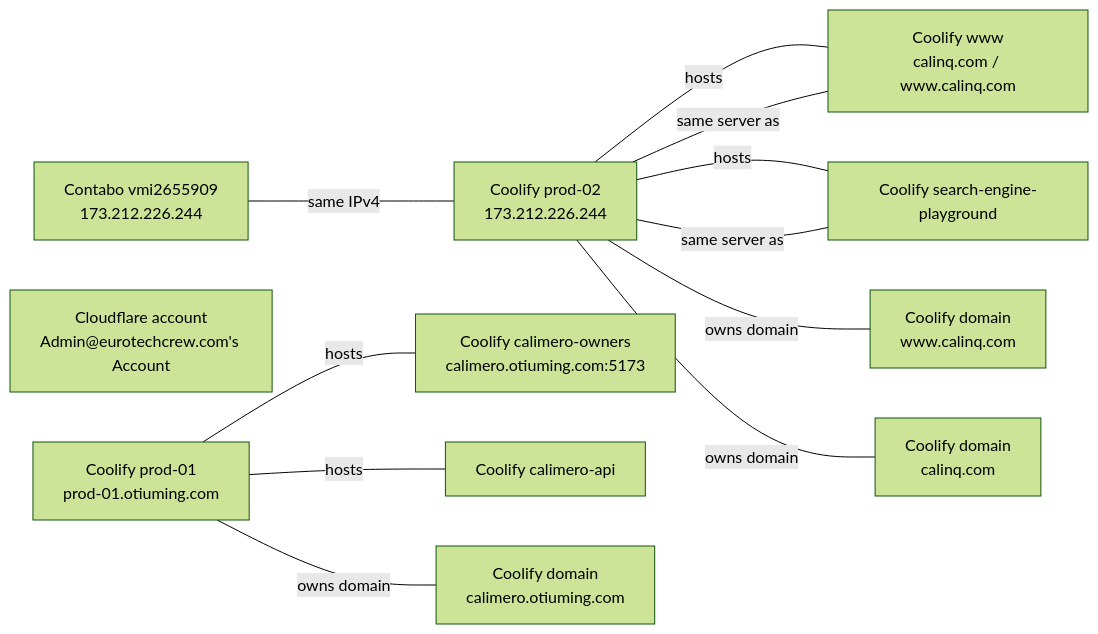
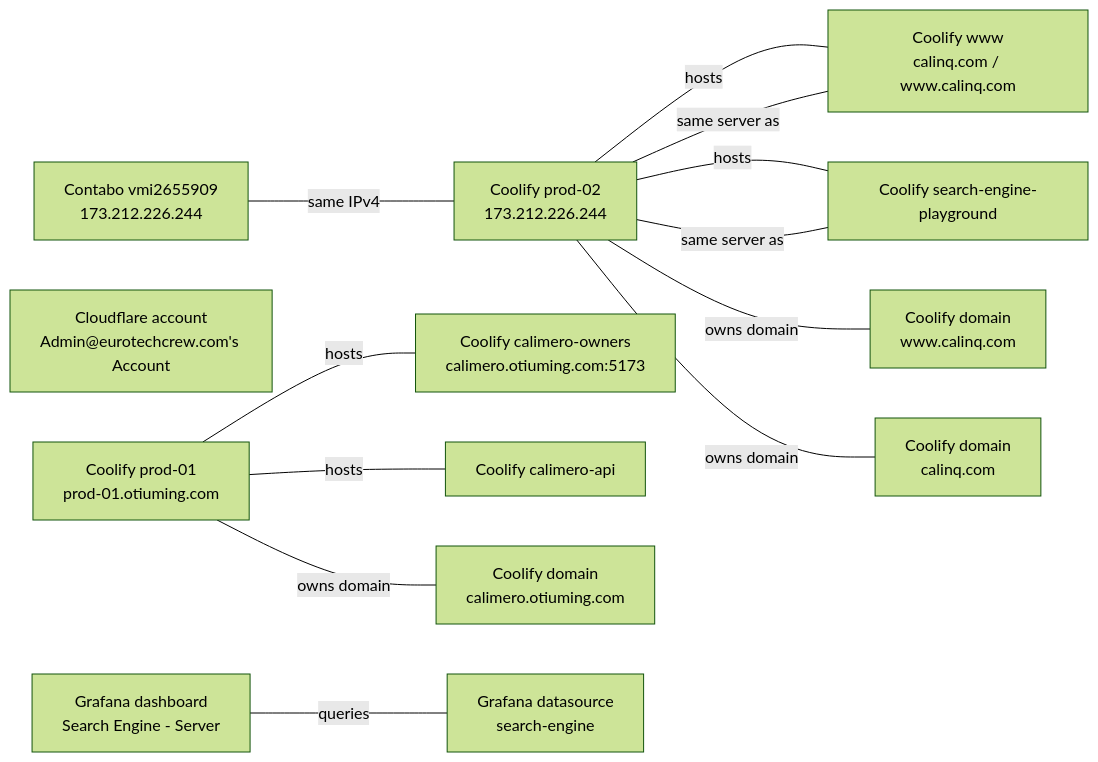
One commit to scaredfinger/ops-hub changed the fourth of 4 diagrams in docs/infrastructure-graphs.md. Above: the diagram before and after it, drawn with Mermaid (forest theme). The commit also changed other lines of this file and 8 other files, not shown here.

````diff
--- a/docs/infrastructure-graphs.md
+++ b/docs/infrastructure-graphs.md
@@ -121,26 +153,30 @@
 ```mermaid
 flowchart LR
   c3["Contabo vmi2655909\n173.212.226.244"]
   prod02["Coolify prod-02\n173.212.226.244"]
   web["Coolify www\ncalinq.com / www.calinq.com"]
   search["Coolify search-engine-playground"]
   calimeroApp["Coolify calimero-owners\ncalimero.otiuming.com:5173"]
   calimeroApi["Coolify calimero-api"]
   d1["Coolify domain\ncalimero.otiuming.com"]
   d2["Coolify domain\nwww.calinq.com"]
   d3["Coolify domain\ncalinq.com"]
   cf["Cloudflare account\nAdmin@eurotechcrew.com's Account"]
+  gds["Grafana datasource\nsearch-engine"]
+  gdash["Grafana dashboard\nSearch Engine - Server"]
 
   c3 ---|"same IPv4"| prod02
   prod02 ---|"hosts"| web
   prod02 ---|"hosts"| search
   prod02 ---|"owns domain"| d2
   prod02 ---|"owns domain"| d3
   prod02 ---|"same server as"| search
   prod02 ---|"same server as"| web
 
   prod01["Coolify prod-01\nprod-01.otiuming.com"]
   prod01 ---|"hosts"| calimeroApp
   prod01 ---|"hosts"| calimeroApi
   prod01 ---|"owns domain"| d1
+
+  gdash ---|"queries"| gds
 ```
````
